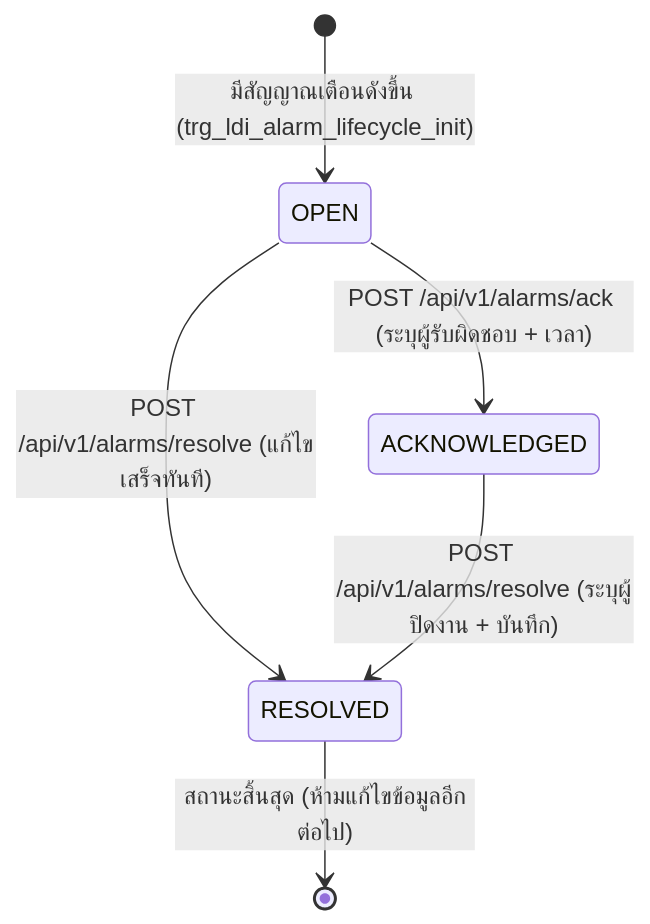
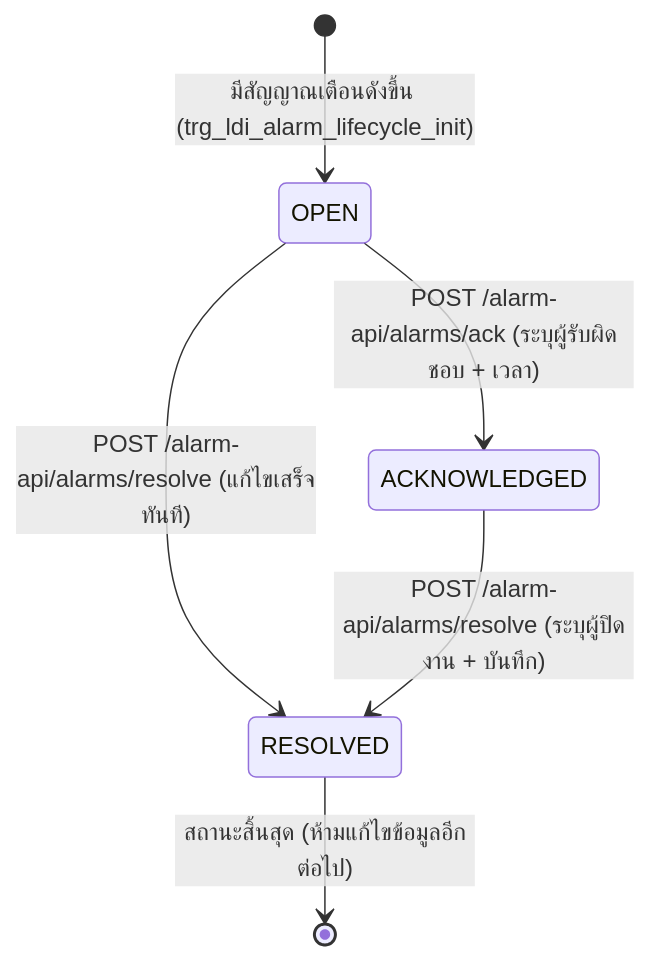
Before and after one commit to PATTANAKORN025/IMS: the diagram in th/docs/architecture/ALARM_SEVERITY_GUIDE.md, drawn with Mermaid. The commit also changed other lines of this file and 46 other files, not shown here.

````diff
--- a/th/docs/architecture/ALARM_SEVERITY_GUIDE.md
+++ b/th/docs/architecture/ALARM_SEVERITY_GUIDE.md
@@ -50,8 +50,8 @@
 ```mermaid
 stateDiagram-v2
     [*] --> OPEN: มีสัญญาณเตือนดังขึ้น (trg_ldi_alarm_lifecycle_init)
-    OPEN --> ACKNOWLEDGED: POST /api/v1/alarms/ack (ระบุผู้รับผิดชอบ + เวลา)
-    OPEN --> RESOLVED: POST /api/v1/alarms/resolve (แก้ไขเสร็จทันที)
-    ACKNOWLEDGED --> RESOLVED: POST /api/v1/alarms/resolve (ระบุผู้ปิดงาน + บันทึก)
+    OPEN --> ACKNOWLEDGED: POST /alarm-api/alarms/ack (ระบุผู้รับผิดชอบ + เวลา)
+    OPEN --> RESOLVED: POST /alarm-api/alarms/resolve (แก้ไขเสร็จทันที)
+    ACKNOWLEDGED --> RESOLVED: POST /alarm-api/alarms/resolve (ระบุผู้ปิดงาน + บันทึก)
     RESOLVED --> [*]: สถานะสิ้นสุด (ห้ามแก้ไขข้อมูลอีกต่อไป)
 ```
````
